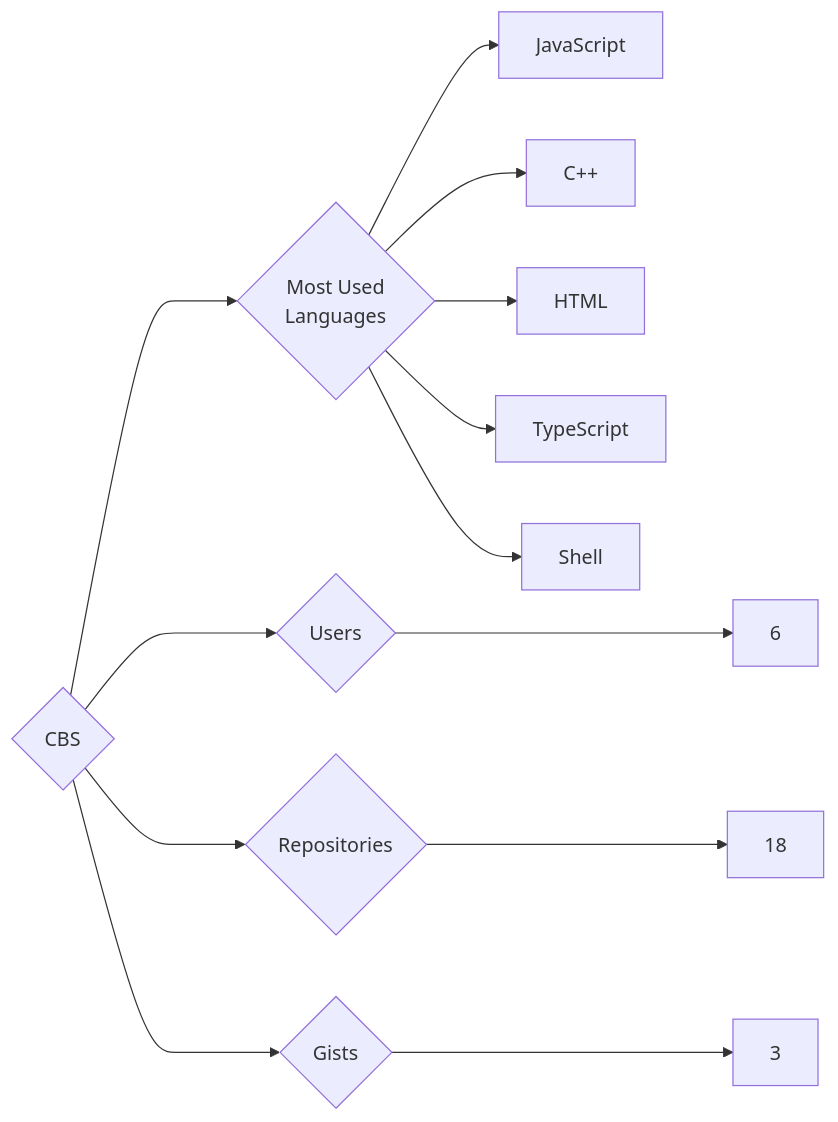
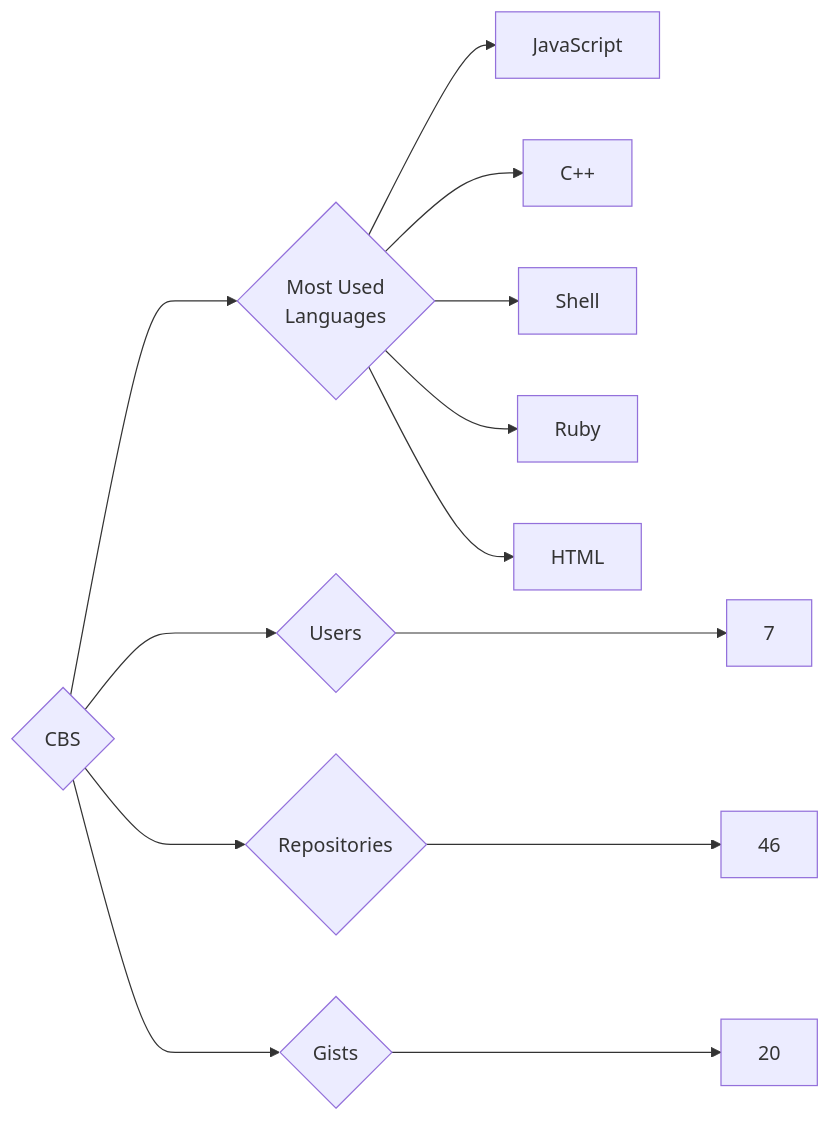
Before and after one commit to trickest/insiders: the diagram in targets/CBS/README.md, drawn with Mermaid. The commit also changed 1212 other files, not shown here.

````diff
--- a/targets/CBS/README.md
+++ b/targets/CBS/README.md
@@ -3,13 +3,13 @@
 ```mermaid
 graph LR
 COMPANY_NAME{CBS}
-COMPANY_NAME ---> U{Users} ---> UN[6]
-COMPANY_NAME ---> R{Repositories} ---> RN[18]
-COMPANY_NAME ---> G{Gists} ---> GN[3]
+COMPANY_NAME ---> U{Users} ---> UN[7]
+COMPANY_NAME ---> R{Repositories} ---> RN[46]
+COMPANY_NAME ---> G{Gists} ---> GN[20]
 COMPANY_NAME ---> ML{Most Used<br>Languages}
 ML --> JavaScript[JavaScript]
 ML --> C++[C++]
+ML --> Shell[Shell]
+ML --> Ruby[Ruby]
 ML --> HTML[HTML]
-ML --> TypeScript[TypeScript]
-ML --> Shell[Shell]
 ```
````
